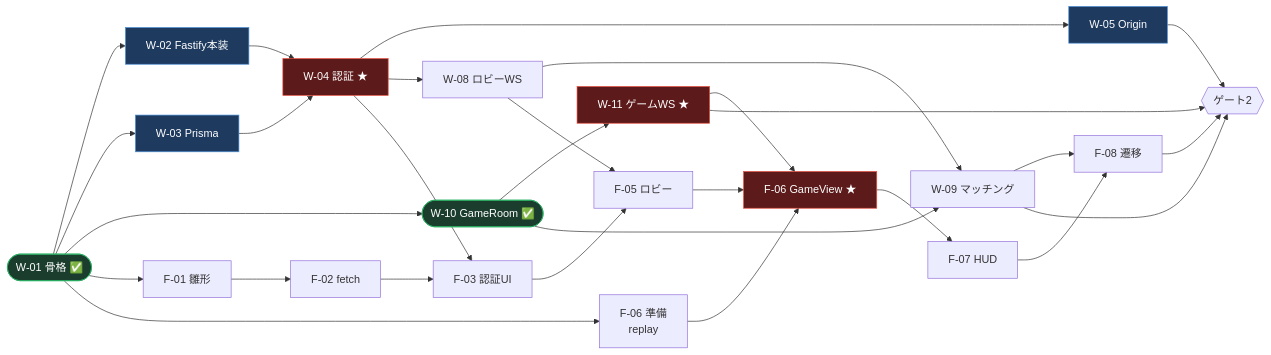
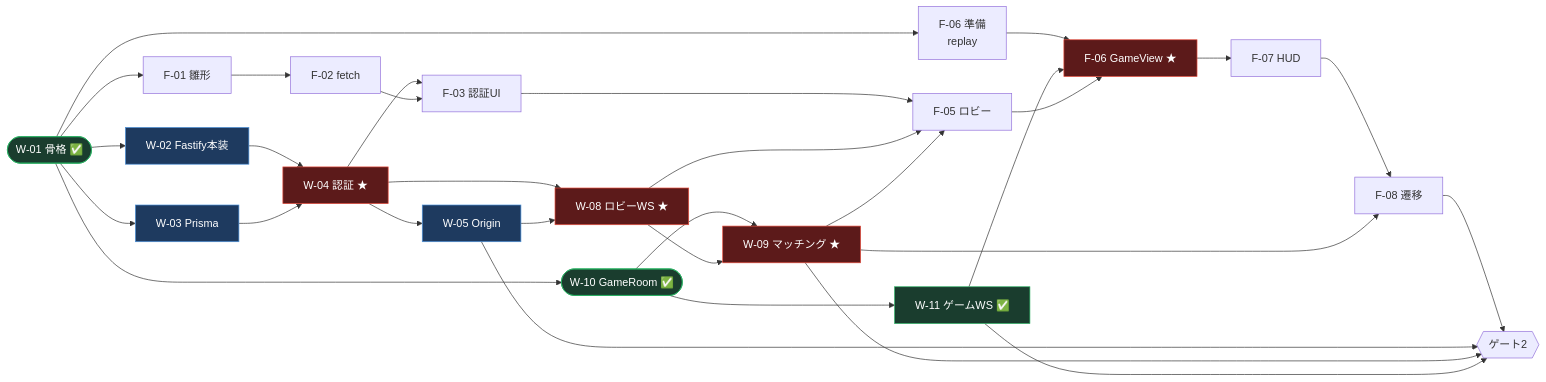
One commit to samatsum/ft_Transcendence changed the first of 3 diagrams in md_files/torinoue/torinoue_PERT依存図.md. Above: the diagram before and after it, drawn with Mermaid. The commit also changed other lines of this file and 11 other files, not shown here.

````diff
--- a/md_files/torinoue/torinoue_PERT依存図.md
+++ b/md_files/torinoue/torinoue_PERT依存図.md
@@ -19,42 +19,44 @@
 ```mermaid
 flowchart LR
   W01([W-01 骨格 ✅]) --> W02[W-02 Fastify本装]
   W01 --> W03[W-03 Prisma]
   W01 --> W10([W-10 GameRoom ✅])
   W01 --> F01[F-01 雛形]
   W01 --> F06p[F-06 準備<br/>replay]
 
   W02 --> W04[W-04 認証 ★]
   W03 --> W04
   W04 --> W05[W-05 Origin]
-  W04 --> W08[W-08 ロビーWS]
+  W04 --> W08[W-08 ロビーWS ★]
+  W05 --> W08
   W04 --> F03[F-03 認証UI]
 
-  W10 --> W11[W-11 ゲームWS ★]
-  W10 --> W09[W-09 マッチング]
+  W10 --> W11[W-11 ゲームWS ✅]
+  W10 --> W09[W-09 マッチング ★]
   W08 --> W09
 
   F01 --> F02[F-02 fetch]
   F02 --> F03
   F03 --> F05[F-05 ロビー]
   W08 --> F05
+  W09 --> F05
 
   F06p --> F06[F-06 GameView ★]
   W11 --> F06
   F05 --> F06
   F06 --> F07[F-07 HUD]
   F07 --> F08[F-08 遷移]
   W09 --> F08
 
   F08 --> G2{{ゲート2}}
   W05 --> G2
   W09 --> G2
   W11 --> G2
 
   classDef mine fill:#1e3a5f,stroke:#4A90D9,color:#fff
   classDef crit fill:#5c1a1a,stroke:#e74c3c,color:#fff
   classDef done fill:#1a3d2e,stroke:#27ae60,color:#fff
   class W02,W03,W04,W05 mine
-  class W04,W11,F06 crit
-  class W01,W10 done
+  class W04,W08,W09,F06 crit
+  class W01,W10,W11 done
 ```
````
